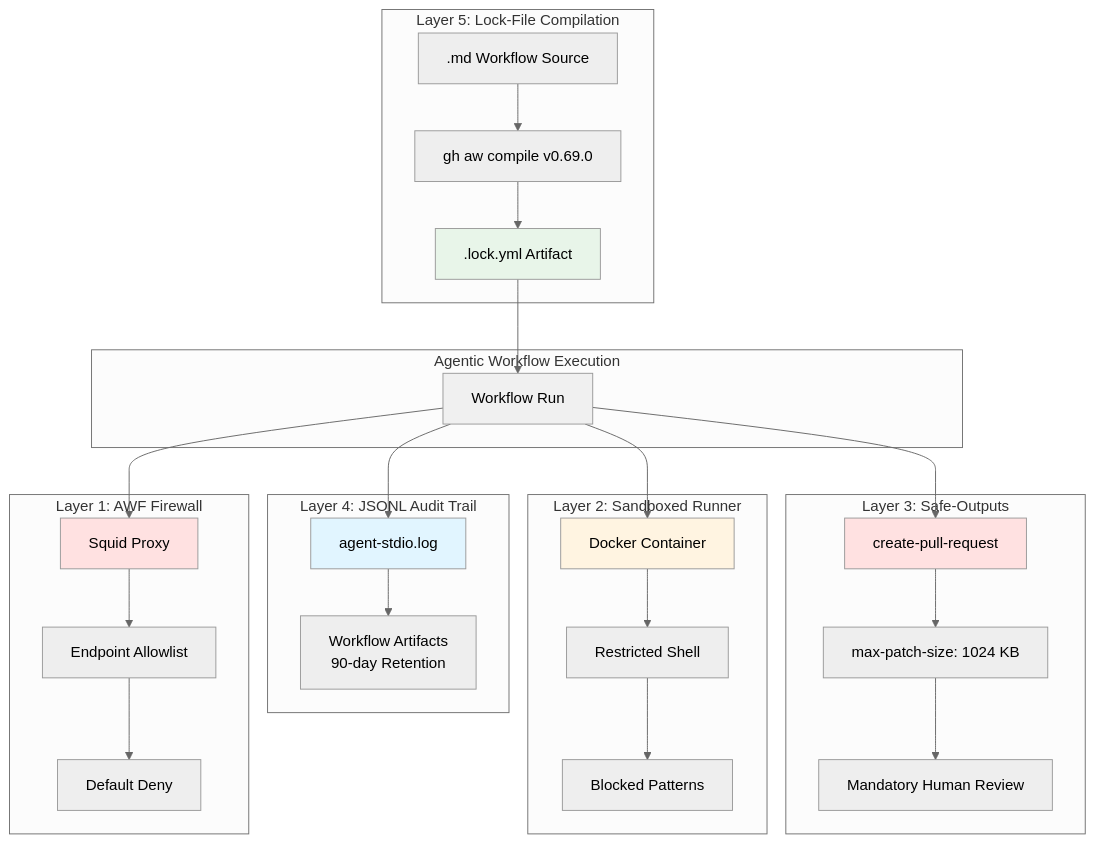
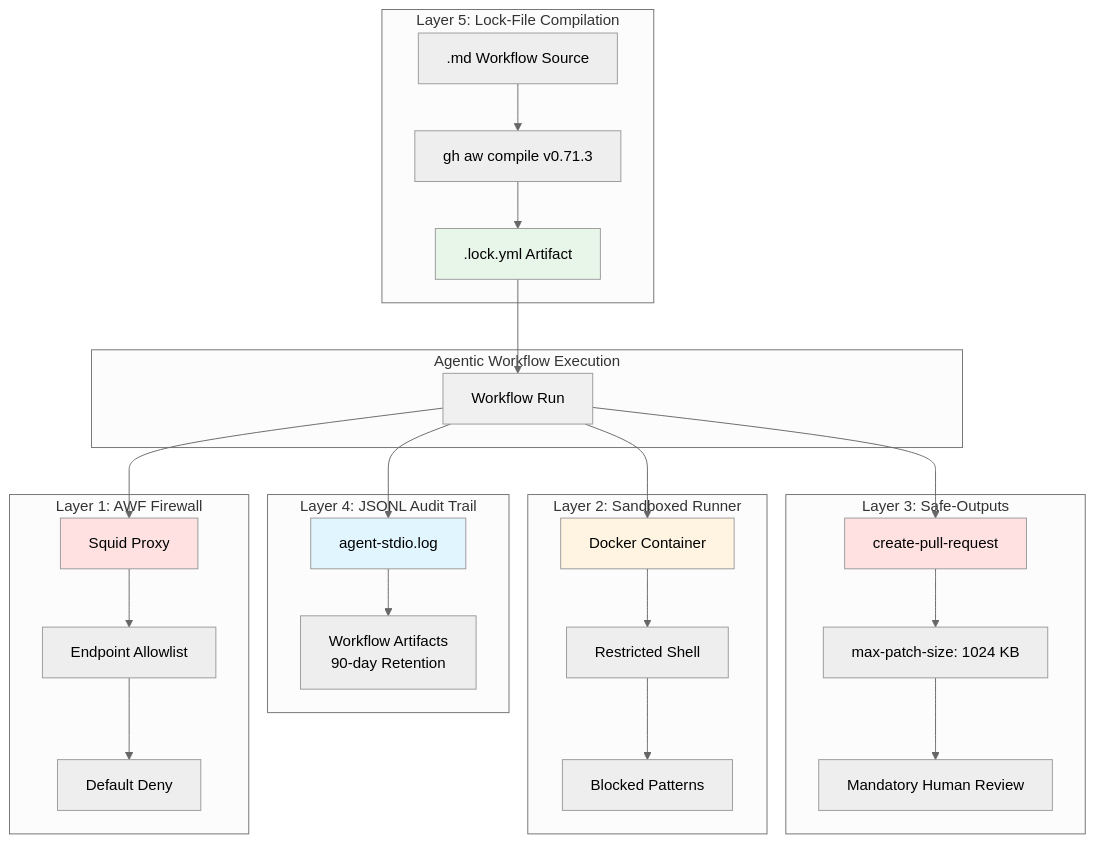
Before and after one commit to Hack23/euparliamentmonitor: the first of 22 diagrams in SECURITY_ARCHITECTURE.md, drawn with Mermaid (neutral theme). The commit also changed other lines of this file and 13 other files, not shown here.

````diff
--- a/SECURITY_ARCHITECTURE.md
+++ b/SECURITY_ARCHITECTURE.md
@@ -281,57 +281,57 @@
 ```mermaid
 graph TB
     subgraph "Layer 5: Lock-File Compilation"
         MD[.md Workflow Source]
-        COMPILE[gh aw compile v0.69.0]
+        COMPILE[gh aw compile v0.71.3]
         LOCK[.lock.yml Artifact]
         MD --> COMPILE
         COMPILE --> LOCK
     end
 
     subgraph "Layer 4: JSONL Audit Trail"
         LOG[agent-stdio.log]
         ARTIFACT[Workflow Artifacts<br/>90-day Retention]
         LOG --> ARTIFACT
     end
 
     subgraph "Layer 3: Safe-Outputs"
         PR[create-pull-request]
         SIZE[max-patch-size: 1024 KB]
         REVIEW[Mandatory Human Review]
         PR --> SIZE
         SIZE --> REVIEW
     end
 
     subgraph "Layer 2: Sandboxed Runner"
         DOCKER[Docker Container]
         SHELL[Restricted Shell]
         PATTERN[Blocked Patterns]
         DOCKER --> SHELL
         SHELL --> PATTERN
     end
 
     subgraph "Layer 1: AWF Firewall"
         SQUID[Squid Proxy]
         ALLOWLIST[Endpoint Allowlist]
         DENY[Default Deny]
         SQUID --> ALLOWLIST
         ALLOWLIST --> DENY
     end
 
     subgraph "Agentic Workflow Execution"
         RUN[Workflow Run]
     end
 
     LOCK --> RUN
     RUN --> LOG
     RUN --> PR
     RUN --> DOCKER
     RUN --> SQUID
 
     style LOCK fill:#e8f5e9
     style LOG fill:#e1f5ff
     style PR fill:#ffe1e1
     style DOCKER fill:#fff4e1
     style SQUID fill:#ffe1e1
     style RUN fill:#f0f0f0
 ```
````
